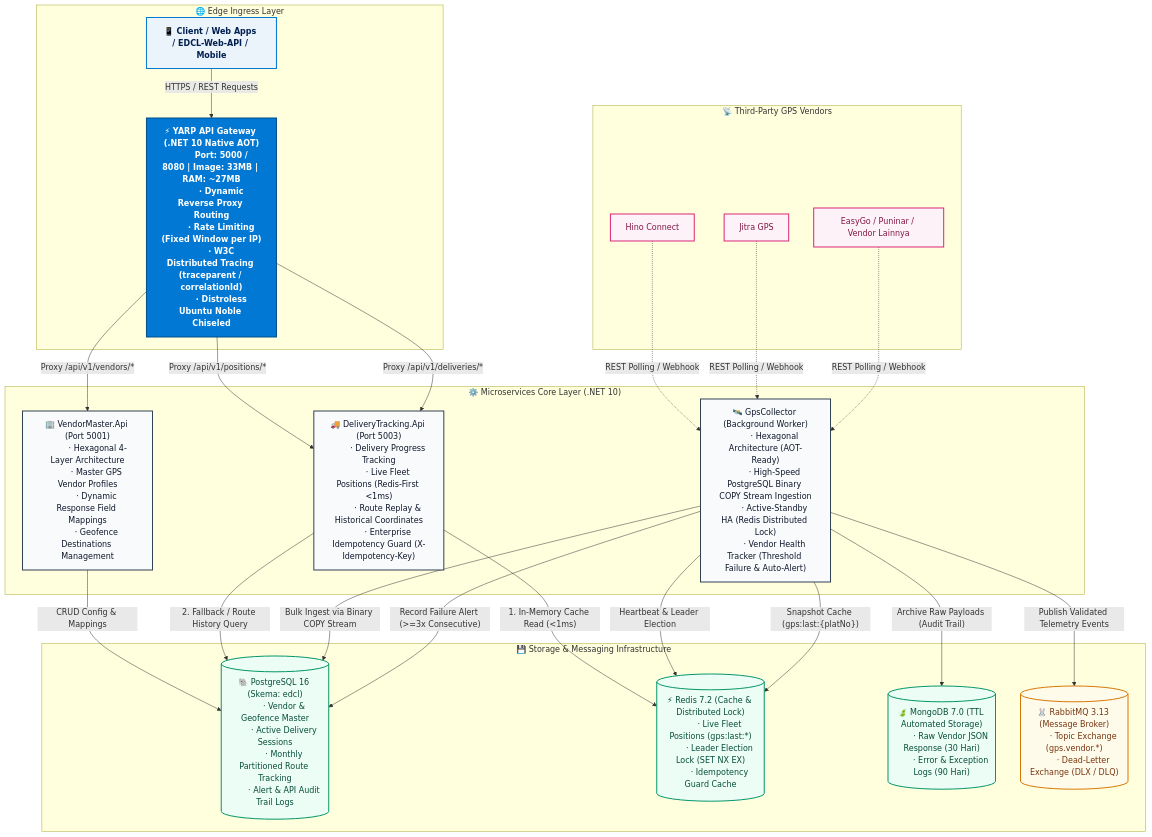
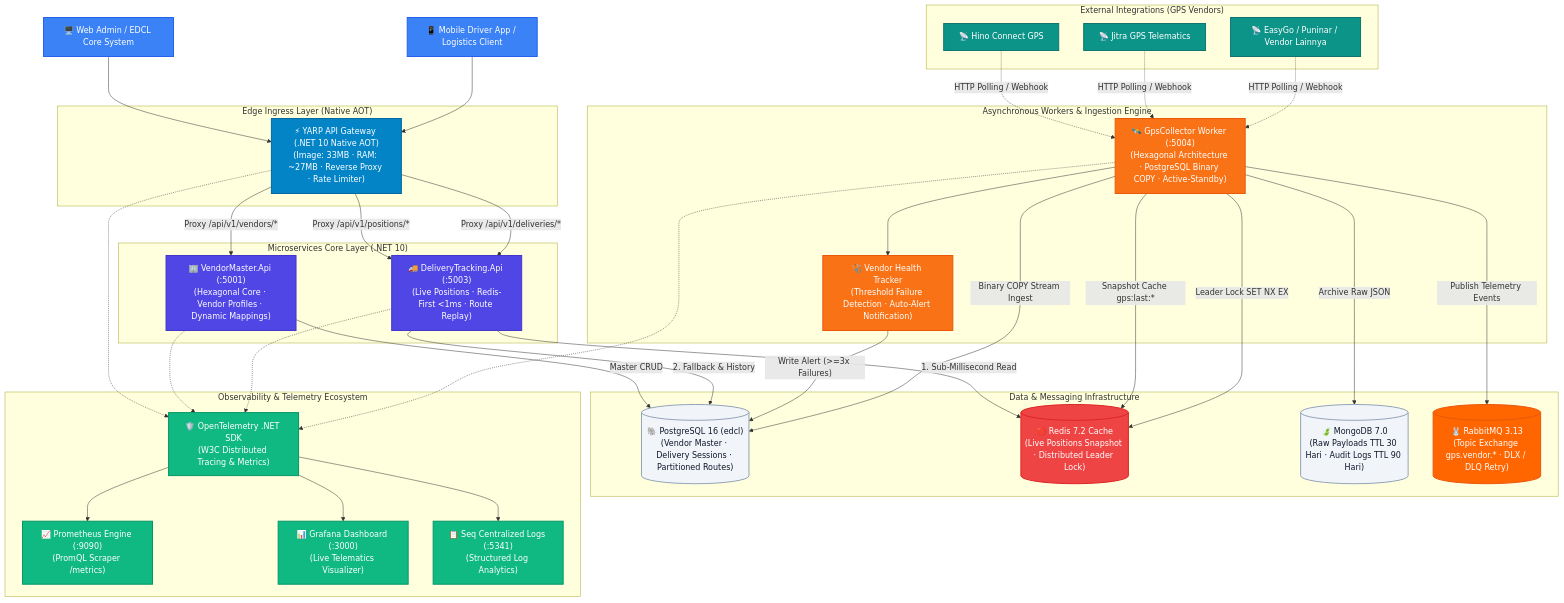
The first of 2 diagrams in README.md (odealidj/EDCLGPSAPI), drawn with Mermaid before and after one commit. The commit also changed other lines of this file, not shown here.

Commit message:
docs: redesign README to enterprise standard format with holistic architecture and sizing guide

````diff
--- a/README.md
+++ b/README.md
@@ -38,93 +40,77 @@
 ```mermaid
-flowchart TD
-    %% Styling Classes
-    classDef clientClass fill:#EBF3FB,stroke:#0078D4,stroke-width:2px,color:#002050,font-weight:bold;
-    classDef gatewayClass fill:#0078D4,stroke:#004E8C,stroke-width:2px,color:#FFFFFF,font-weight:bold;
-    classDef serviceClass fill:#F8FAFC,stroke:#334155,stroke-width:2px,color:#0F172A;
-    classDef vendorClass fill:#FDF2F8,stroke:#DB2777,stroke-width:2px,color:#831843;
-    classDef dataClass fill:#ECFDF5,stroke:#059669,stroke-width:2px,color:#064E3B;
-    classDef brokerClass fill:#FFFBEB,stroke:#D97706,stroke-width:2px,color:#78350F;
+graph TD
+    classDef client fill:#3b82f6,stroke:#2563eb,stroke-width:2px,color:#fff;
+    classDef gateway fill:#0284c7,stroke:#0369a1,stroke-width:2px,color:#fff;
+    classDef service fill:#4f46e5,stroke:#4338ca,stroke-width:2px,color:#fff;
+    classDef worker fill:#f97316,stroke:#ea580c,stroke-width:2px,color:#fff;
+    classDef db fill:#f1f5f9,stroke:#94a3b8,stroke-width:2px,color:#0f172a;
+    classDef cache fill:#ef4444,stroke:#dc2626,stroke-width:2px,color:#fff;
+    classDef mq fill:#ff6600,stroke:#ea580c,stroke-width:2px,color:#fff;
+    classDef telemetry fill:#10b981,stroke:#059669,stroke-width:2px,color:#fff;
+    classDef external fill:#0d9488,stroke:#0f766e,stroke-width:2px,color:#fff;
 
-    %% Client Ingress
-    subgraph INGRESS["🌐 Edge Ingress Layer"]
-        CLIENT["📱 Client / Web Apps / EDCL-Web-API / Mobile"]:::clientClass
-        GATEWAY["⚡ YARP API Gateway (.NET 10 Native AOT)
-        Port: 5000 / 8080 | Image: 33MB | RAM: ~27MB
-        · Dynamic Reverse Proxy Routing
-        · Rate Limiting (Fixed Window per IP)
-        · W3C Distributed Tracing (traceparent / correlationId)
-        · Distroless Ubuntu Noble Chiseled"]:::gatewayClass
+    Admin["🖥️ Web Admin / EDCL Core System"]:::client
+    Mobile["📱 Mobile Driver App / Logistics Client"]:::client
+
+    subgraph "Edge Ingress Layer (Native AOT)"
+        Gateway["⚡ YARP API Gateway (.NET 10 Native AOT)<br/>(Image: 33MB · RAM: ~27MB · Reverse Proxy · Rate Limiter)"]:::gateway
     end
 
-    %% Microservices Layer
-    subgraph SERVICES["⚙️ Microservices Core Layer (.NET 10)"]
-        VM["🏢 VendorMaster.Api (Port 5001)
-        · Hexagonal 4-Layer Architecture
-        · Master GPS Vendor Profiles
-        · Dynamic Response Field Mappings
-        · Geofence Destinations Management"]:::serviceClass
-
-        DT["🚚 DeliveryTracking.Api (Port 5003)
-        · Delivery Progress Tracking
-        · Live Fleet Positions (Redis-First <1ms)
-        · Route Replay & Historical Coordinates
-        · Enterprise Idempotency Guard (X-Idempotency-Key)"]:::serviceClass
-
-        COLLECTOR["🛰️ GpsCollector (Background Worker)
-        · Hexagonal Architecture (AOT-Ready)
-        · High-Speed PostgreSQL Binary COPY Stream Ingestion
-        · Active-Standby HA (Redis Distributed Lock)
-        · Vendor Health Tracker (Threshold Failure & Auto-Alert)"]:::serviceClass
+    subgraph "Microservices Core Layer (.NET 10)"
+        VendorMaster["🏢 VendorMaster.Api (:5001)<br/>(Hexagonal Core · Vendor Profiles · Dynamic Mappings)"]:::service
+        DeliveryTracking["🚚 DeliveryTracking.Api (:5003)<br/>(Live Positions · Redis-First <1ms · Route Replay)"]:::service
     end
 
-    %% Third-party vendors
-    subgraph VENDORS["📡 Third-Party GPS Vendors"]
-        V1["Hino Connect"]:::vendorClass
-        V2["Jitra GPS"]:::vendorClass
-        V3["EasyGo / Puninar / Vendor Lainnya"]:::vendorClass
+    subgraph "Asynchronous Workers & Ingestion Engine"
+        Collector["🛰️ GpsCollector Worker (:5004)<br/>(Hexagonal Architecture · PostgreSQL Binary COPY · Active-Standby)"]:::worker
+        HealthTracker["🩺 Vendor Health Tracker<br/>(Threshold Failure Detection · Auto-Alert Notification)"]:::worker
     end
 
-    %% Storage & Messaging
-    subgraph INFRA["💾 Storage & Messaging Infrastructure"]
-        PG[("🐘 PostgreSQL 16 (Skema: edcl)
-        · Vendor & Geofence Master
-        · Active Delivery Sessions
-        · Monthly Partitioned Route Tracking
-        · Alert & API Audit Trail Logs")]:::dataClass
-
-        REDIS[("⚡ Redis 7.2 (Cache & Distributed Lock)
-        · Live Fleet Positions (gps:last:*)
-        · Leader Election Lock (SET NX EX)
-        · Idempotency Guard Cache")]:::dataClass
-
-        MONGO[("🍃 MongoDB 7.0 (TTL Automated Storage)
-        · Raw Vendor JSON Response (30 Hari)
-        · Error & Exception Logs (90 Hari)")]:::dataClass
-
-        RABBIT[("🐰 RabbitMQ 3.13 (Message Broker)
-        · Topic Exchange (gps.vendor.*)
-        · Dead-Letter Exchange (DLX / DLQ)")]:::brokerClass
+    subgraph "Data & Messaging Infrastructure"
+        PG[("🐘 PostgreSQL 16 (edcl)<br/>(Vendor Master · Delivery Sessions · Partitioned Routes)")]:::db
+        Redis[("🔴 Redis 7.2 Cache<br/>(Live Positions Snapshot · Distributed Leader Lock)")]:::cache
+        Mongo[("🍃 MongoDB 7.0<br/>(Raw Payloads TTL 30 Hari · Audit Logs TTL 90 Hari)")]:::db
+        RabbitMQ[("🐰 RabbitMQ 3.13<br/>(Topic Exchange gps.vendor.* · DLX / DLQ Retry)")]:::mq
     end
 
-    %% Connections
-    CLIENT -->|"HTTPS / REST Requests"| GATEWAY
-    GATEWAY -->|"Proxy /api/v1/vendors/*"| VM
-    GATEWAY -->|"Proxy /api/v1/positions/*"| DT
-    GATEWAY -->|"Proxy /api/v1/deliveries/*"| DT
+    subgraph "Observability & Telemetry Ecosystem"
+        OTel["🛡️ OpenTelemetry .NET SDK<br/>(W3C Distributed Tracing & Metrics)"]:::telemetry
+        Prometheus["📈 Prometheus Engine (:9090)<br/>(PromQL Scraper /metrics)"]:::telemetry
+        Grafana["📊 Grafana Dashboard (:3000)<br/>(Live Telematics Visualizer)"]:::telemetry
+        Seq["📋 Seq Centralized Logs (:5341)<br/>(Structured Log Analytics)"]:::telemetry
+    end
 
-    VM -->|"CRUD Config & Mappings"| PG
+    subgraph "External Integrations (GPS Vendors)"
+        Hino["📡 Hino Connect GPS"]:::external
+        Jitra["📡 Jitra GPS Telematics"]:::external
+        OtherVendors["📡 EasyGo / Puninar / Vendor Lainnya"]:::external
+    end
 
-    DT -->|"1. In-Memory Cache Read (<1ms)"| REDIS
-    DT -->|"2. Fallback / Route History Query"| PG
+    Admin --> Gateway
+    Mobile --> Gateway
+    Gateway -->|"Proxy /api/v1/vendors/*"| VendorMaster
+    Gateway -->|"Proxy /api/v1/positions/*"| DeliveryTracking
+    Gateway -->|"Proxy /api/v1/deliveries/*"| DeliveryTracking
 
-    V1 -.->|"REST Polling / Webhook"| COLLECTOR
-    V2 -.->|"REST Polling / Webhook"| COLLECTOR
-    V3 -.->|"REST Polling / Webhook"| COLLECTOR
+    VendorMaster -->|"Master CRUD"| PG
+    DeliveryTracking -->|"1. Sub-Millisecond Read"| Redis
+    DeliveryTracking -->|"2. Fallback & History"| PG
 
-    COLLECTOR -->|"Heartbeat & Leader Election"| REDIS
-    COLLECTOR -->|"Snapshot Cache (gps:last:{platNo})"| REDIS
-    COLLECTOR -->|"Bulk Ingest via Binary COPY Stream"| PG
-    COLLECTOR -->|"Record Failure Alert (>=3x Consecutive)"| PG
-    COLLECTOR -->|"Archive Raw Payloads (Audit Trail)"| MONGO
-    COLLECTOR -->|"Publish Validated Telemetry Events"| RABBIT
+    Hino -.->|"HTTP Polling / Webhook"| Collector
+    Jitra -.->|"HTTP Polling / Webhook"| Collector
+    OtherVendors -.->|"HTTP Polling / Webhook"| Collector
+
+    Collector --> HealthTracker
+    HealthTracker -->|"Write Alert (>=3x Failures)"| PG
+    Collector -->|"Binary COPY Stream Ingest"| PG
+    Collector -->|"Snapshot Cache gps:last:*"| Redis
+    Collector -->|"Leader Lock SET NX EX"| Redis
+    Collector -->|"Archive Raw JSON"| Mongo
+    Collector -->|"Publish Telemetry Events"| RabbitMQ
+
+    Gateway -.-> OTel
+    VendorMaster -.-> OTel
+    DeliveryTracking -.-> OTel
+    Collector -.-> OTel
+    OTel --> Prometheus & Grafana & Seq
 ```
````
